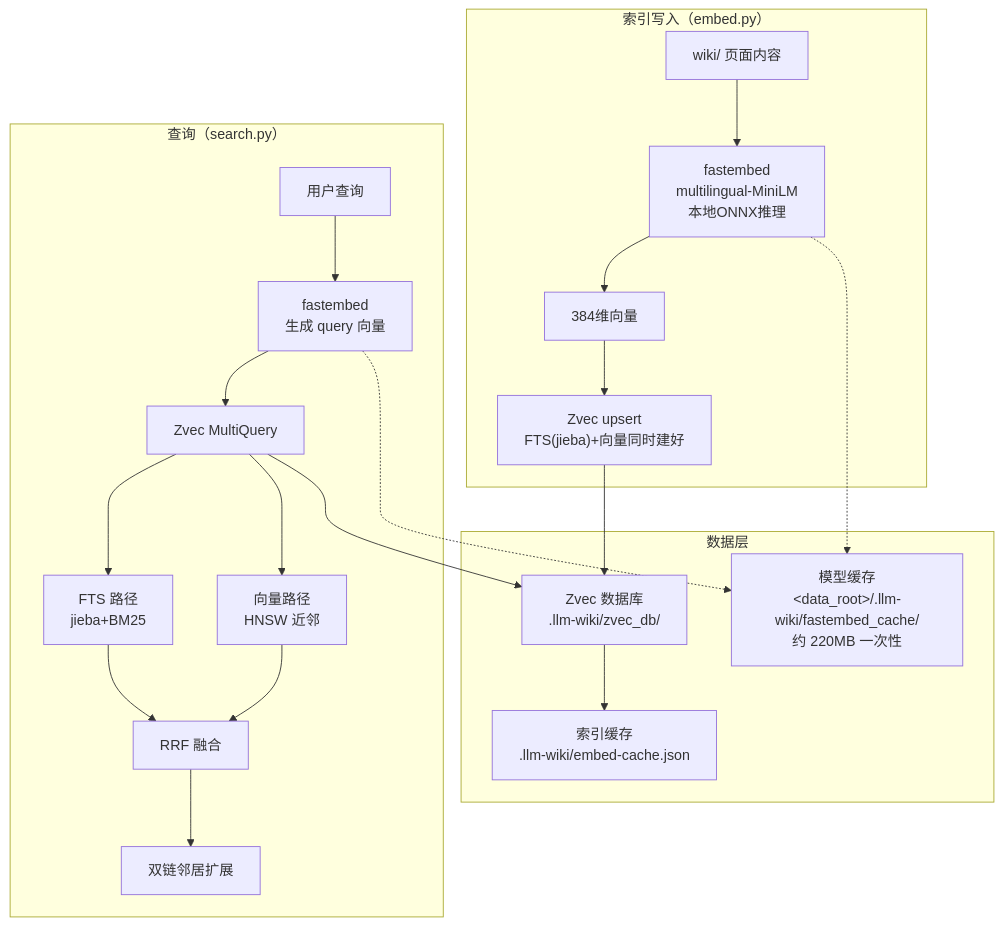
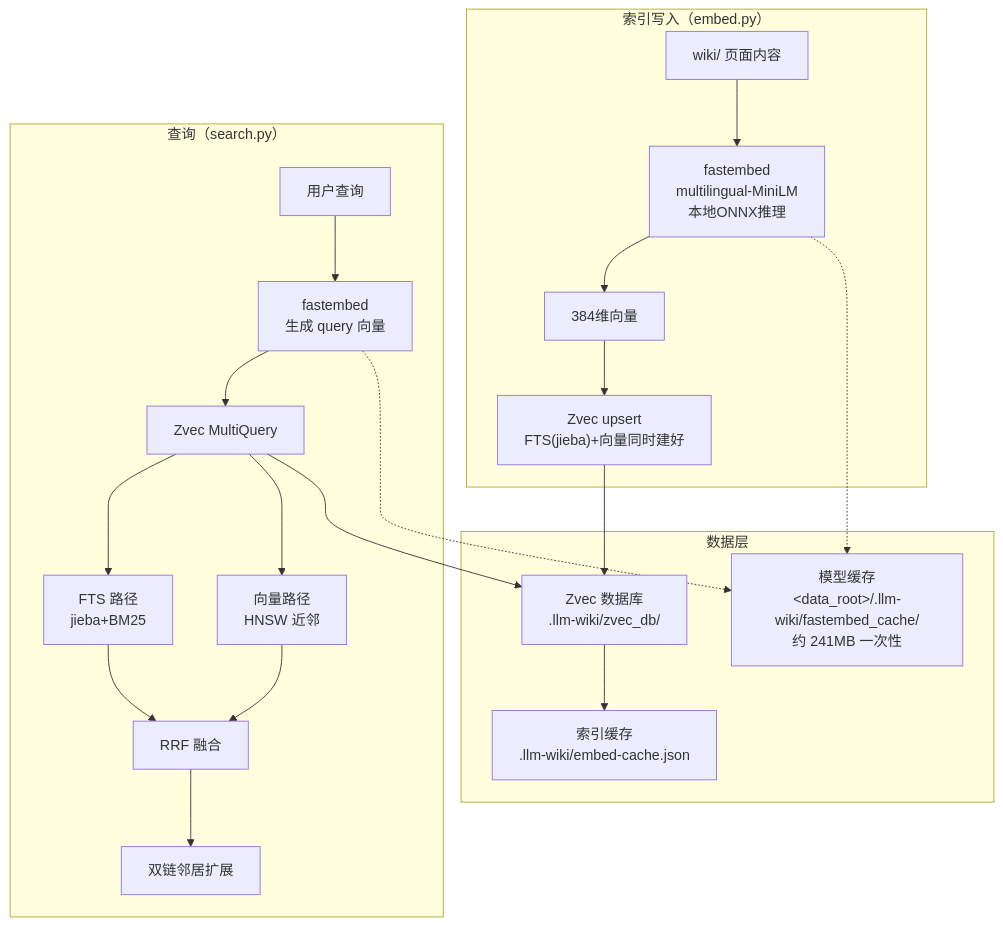
Before and after one commit to zhe97396-tech/llm-wiki-copilot: the fifth of 9 diagrams in docs/architecture-flowcharts.md, drawn with Mermaid. The commit also changed other lines of this file and 16 other files, not shown here.

````diff
--- a/docs/architecture-flowcharts.md
+++ b/docs/architecture-flowcharts.md
@@ -291,30 +291,30 @@
 ```mermaid
 graph TB
     subgraph 索引写入["索引写入（embed.py）"]
         W1["wiki/ 页面内容"] --> W2["fastembed<br/>multilingual-MiniLM<br/>本地ONNX推理"]
         W2 --> W3["384维向量"]
         W3 --> W4["Zvec upsert<br/>FTS(jieba)+向量同时建好"]
     end
 
     subgraph 查询["查询（search.py）"]
         Q1["用户查询"] --> Q2["fastembed<br/>生成 query 向量"]
         Q2 --> Q3["Zvec MultiQuery"]
         Q3 --> Q4["FTS 路径<br/>jieba+BM25"]
         Q3 --> Q5["向量路径<br/>HNSW 近邻"]
         Q4 --> Q6["RRF 融合"]
         Q5 --> Q6
         Q6 --> Q7["双链邻居扩展"]
     end
 
     subgraph 数据["数据层"]
         ZV["Zvec 数据库<br/>.llm-wiki/zvec_db/"]
         EC["索引缓存<br/>.llm-wiki/embed-cache.json"]
-        MC["模型缓存<br/>&lt;data_root&gt;/.llm-wiki/fastembed_cache/<br/>约 220MB 一次性"]
+        MC["模型缓存<br/>&lt;data_root&gt;/.llm-wiki/fastembed_cache/<br/>约 241MB 一次性"]
     end
 
     W4 --> ZV
     Q3 --> ZV
     ZV --> EC
     W2 -.-> MC
     Q2 -.-> MC
 ```
````
